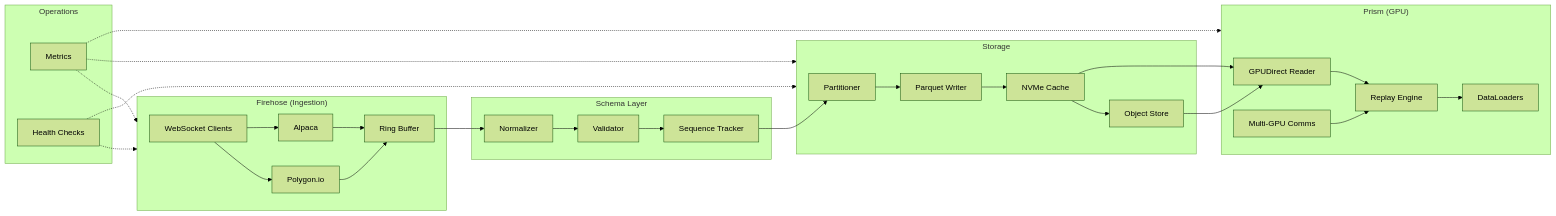
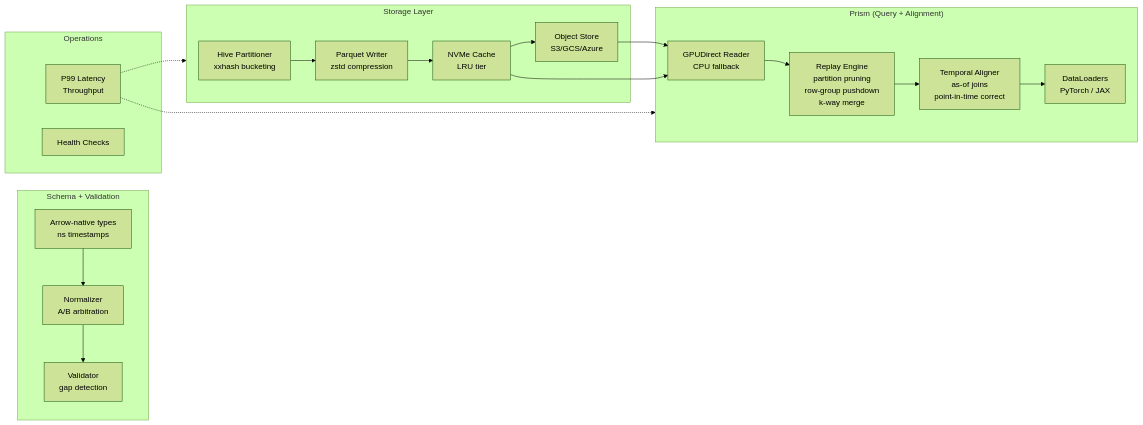
The diagram in README.md (RyanJHamby/FlowState), drawn with Mermaid (forest theme) before and after one commit. The commit also changed other lines of this file and 2 other files, not shown here.

First line of the commit message:
feat(prism): temporal alignment engine with point-in-time correct as-of joins

````diff
--- a/README.md
+++ b/README.md
@@ -11,48 +21,36 @@
 ```mermaid
 graph LR
-    subgraph Firehose["Firehose (Ingestion)"]
-        WS[WebSocket Clients]
-        POLY[Polygon.io]
-        ALP[Alpaca]
-        RB[Ring Buffer]
-        WS --> POLY & ALP
-        POLY & ALP --> RB
-    end
-
-    subgraph Schema["Schema Layer"]
-        NORM[Normalizer]
-        VAL[Validator]
-        SEQ[Sequence Tracker]
-        NORM --> VAL --> SEQ
-    end
-
-    subgraph Storage["Storage"]
-        PART[Partitioner]
-        PQ[Parquet Writer]
-        CACHE[NVMe Cache]
-        OBJ[Object Store]
+    subgraph Storage["Storage Layer"]
+        PART[Hive Partitioner<br/>xxhash bucketing]
+        PQ[Parquet Writer<br/>zstd compression]
+        CACHE[NVMe Cache<br/>LRU tier]
+        OBJ[Object Store<br/>S3/GCS/Azure]
         PART --> PQ --> CACHE --> OBJ
     end
 
-    subgraph Prism["Prism (GPU)"]
-        GPU[GPUDirect Reader]
-        NCCL[Multi-GPU Comms]
-        REPLAY[Replay Engine]
-        DL[DataLoaders]
+    subgraph Prism["Prism (Query + Alignment)"]
+        REPLAY[Replay Engine<br/>partition pruning<br/>row-group pushdown<br/>k-way merge]
+        ALIGN[Temporal Aligner<br/>as-of joins<br/>point-in-time correct]
+        GPU[GPUDirect Reader<br/>CPU fallback]
+        DL[DataLoaders<br/>PyTorch / JAX]
+        REPLAY --> ALIGN
         GPU --> REPLAY
-        NCCL --> REPLAY
-        REPLAY --> DL
+        ALIGN --> DL
+    end
+
+    subgraph Schema["Schema + Validation"]
+        TYPES[Arrow-native types<br/>ns timestamps]
+        NORM[Normalizer<br/>A/B arbitration]
+        VAL[Validator<br/>gap detection]
     end
 
     subgraph Ops["Operations"]
-        MET[Metrics]
+        MET[P99 Latency<br/>Throughput]
         HEALTH[Health Checks]
     end
 
-    RB --> NORM
-    SEQ --> PART
     OBJ --> GPU
     CACHE --> GPU
-    MET -.-> Firehose & Storage & Prism
-    HEALTH -.-> Firehose & Storage
+    TYPES --> NORM --> VAL
+    MET -.-> Storage & Prism
 ```
````
